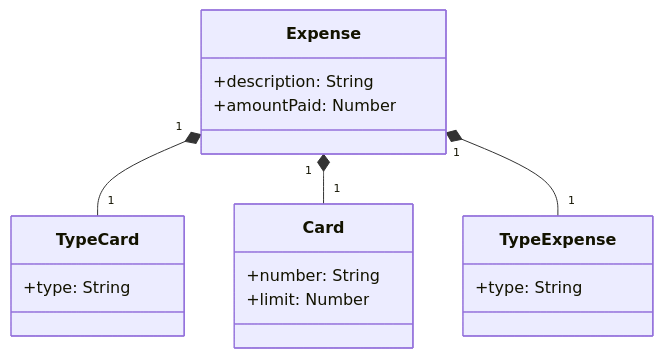
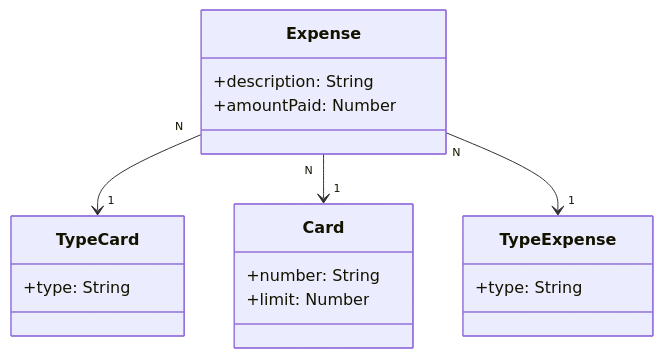
One commit to GilsonCoelho/expense-api changed the diagram in README.md. Above: the diagram before and after it, drawn with Mermaid.

````diff
--- a/README.md
+++ b/README.md
@@ -14,24 +14,24 @@
 ```mermaid 
 classDiagram
     class Expense {
         +description: String
         +amountPaid: Number
     }
 
     class TypeCard {
         +type: String
     }
 
     class Card {
         +number: String
         +limit: Number
     }
 
     class TypeExpense {
         +type: String
     }
 
-    Expense "1" *-- "1" TypeCard
-    Expense "1" *-- "1" Card
-    Expense "1" *-- "1" TypeExpense
+    Expense "N" --> "1" TypeCard
+    Expense "N" --> "1" Card
+    Expense "N" --> "1" TypeExpense
 ```
````
